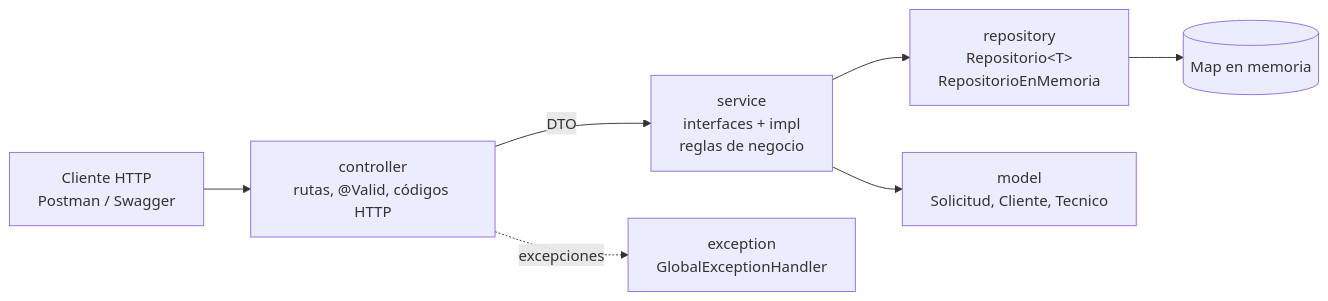
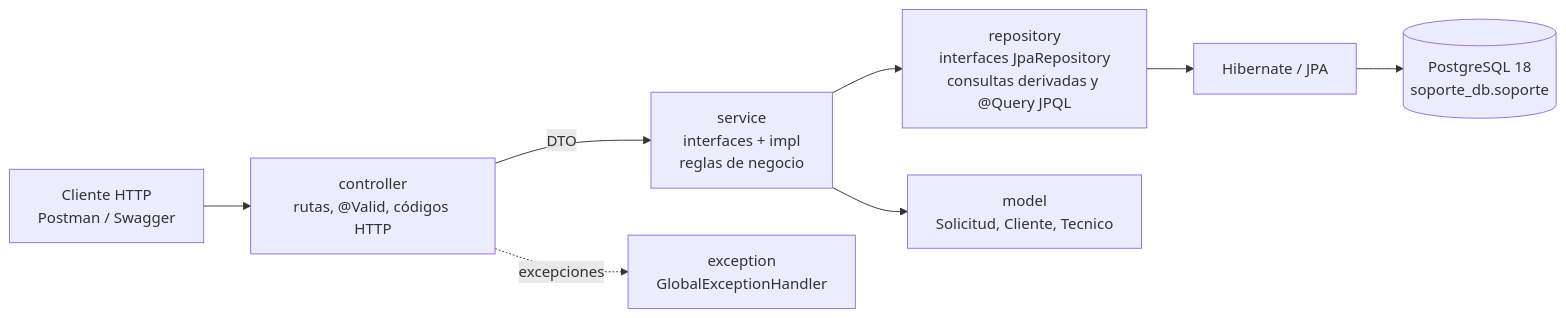
One commit to oropezadev-wq/soporte-tecnico-api changed the first of 3 diagrams in README.md. Above: the diagram before and after it, drawn with Mermaid. The commit also changed other lines of this file and 33 other files, not shown here.

First line of the commit message:
feat(datos): guarda los datos en PostgreSQL con JPA y scripts SQL

````diff
--- a/README.md
+++ b/README.md
@@ -25,9 +28,10 @@
 ```mermaid
 flowchart LR
     C[Cliente HTTP<br/>Postman / Swagger] --> CT[controller<br/>rutas, @Valid, códigos HTTP]
     CT -- DTO --> SV[service<br/>interfaces + impl<br/>reglas de negocio]
-    SV --> RP[repository<br/>Repositorio&lt;T&gt;<br/>RepositorioEnMemoria]
-    RP --> M[(Map en memoria)]
+    SV --> RP[repository<br/>interfaces JpaRepository<br/>consultas derivadas y @Query JPQL]
+    RP --> H[Hibernate / JPA]
+    H --> DB[(PostgreSQL 18<br/>soporte_db.soporte)]
     SV --> MD[model<br/>Solicitud, Cliente, Tecnico]
     CT -. excepciones .-> EX[exception<br/>GlobalExceptionHandler]
 ```
````
